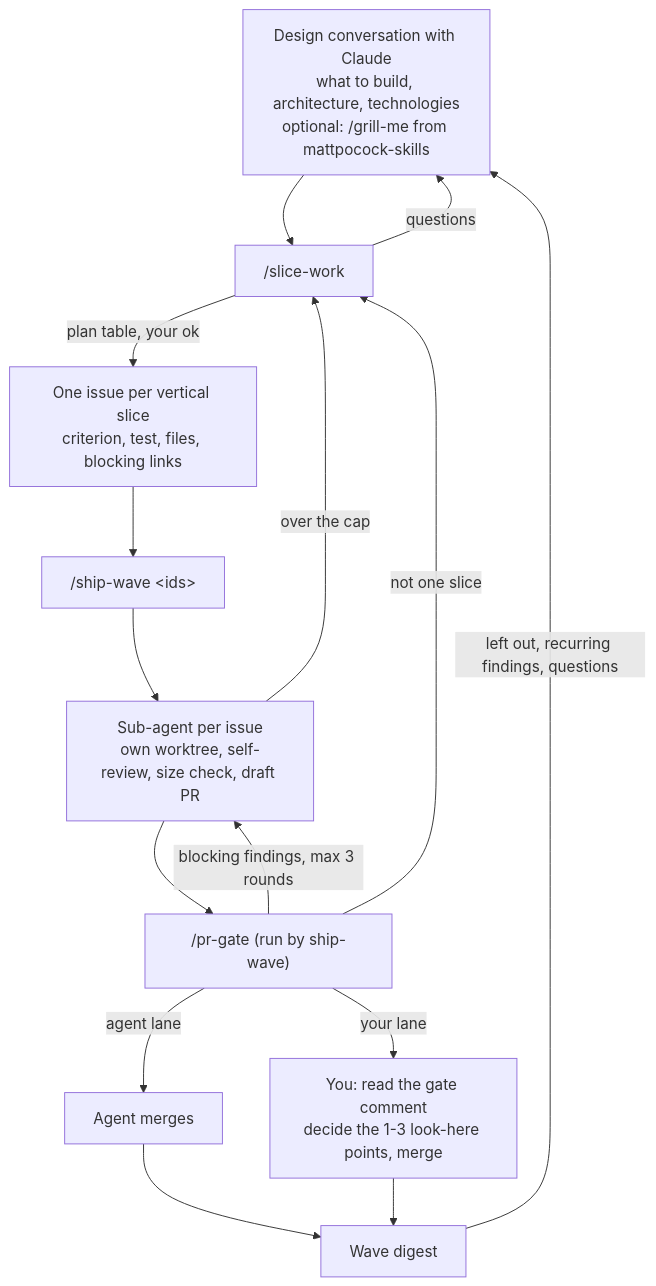
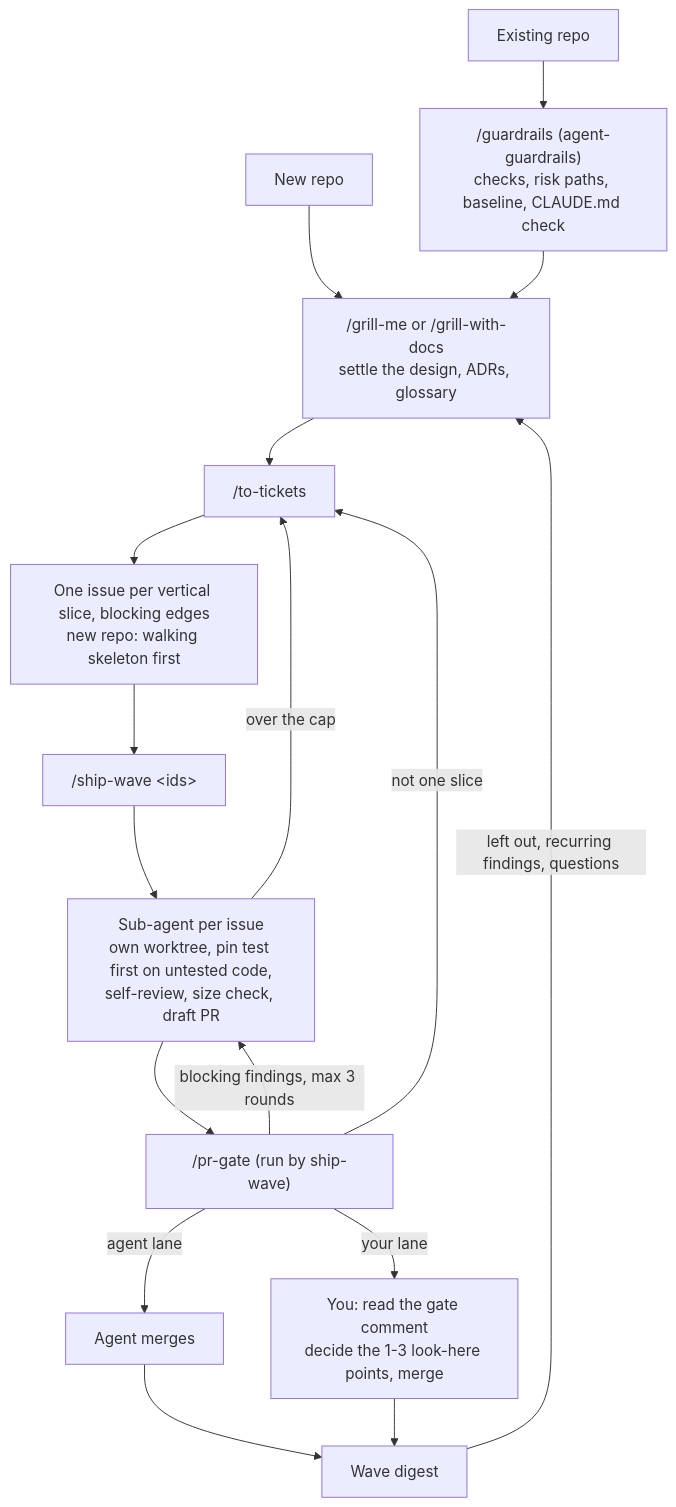
One commit to freshmick/agent-skills changed the diagram in README.md. Above: the diagram before and after it, drawn with Mermaid. The commit also changed other lines of this file and 2 other files, not shown here.

First line of the commit message:
ship-wave, README: to-tickets replaces slice-work; walking skeleton, pin test, ledger (#18)

````diff
--- a/README.md
+++ b/README.md
@@ -27,17 +26,19 @@
 ```mermaid
 flowchart TD
-    A[Design conversation with Claude<br/>what to build, architecture, technologies<br/>optional: /grill-me from mattpocock-skills] --> B["/slice-work"]
-    B -->|questions| A
-    B -->|plan table, your ok| C[One issue per vertical slice<br/>criterion, test, files, blocking links]
+    N[New repo] --> A
+    X[Existing repo] --> G0["/guardrails (agent-guardrails)<br/>checks, risk paths, baseline, CLAUDE.md check"]
+    G0 --> A["/grill-me or /grill-with-docs<br/>settle the design, ADRs, glossary"]
+    A --> B["/to-tickets"]
+    B --> C[One issue per vertical slice, blocking edges<br/>new repo: walking skeleton first]
     C --> D["/ship-wave &lt;ids&gt;"]
-    D --> E[Sub-agent per issue<br/>own worktree, self-review, size check, draft PR]
+    D --> E[Sub-agent per issue<br/>own worktree, pin test first on untested code,<br/>self-review, size check, draft PR]
     E -->|over the cap| B
     E --> F["/pr-gate (run by ship-wave)"]
     F -->|not one slice| B
     F -->|blocking findings, max 3 rounds| E
     F -->|agent lane| G[Agent merges]
     F -->|your lane| H[You: read the gate comment<br/>decide the 1-3 look-here points, merge]
     G --> I[Wave digest]
     H --> I
     I -->|left out, recurring findings, questions| A
 ```
````
